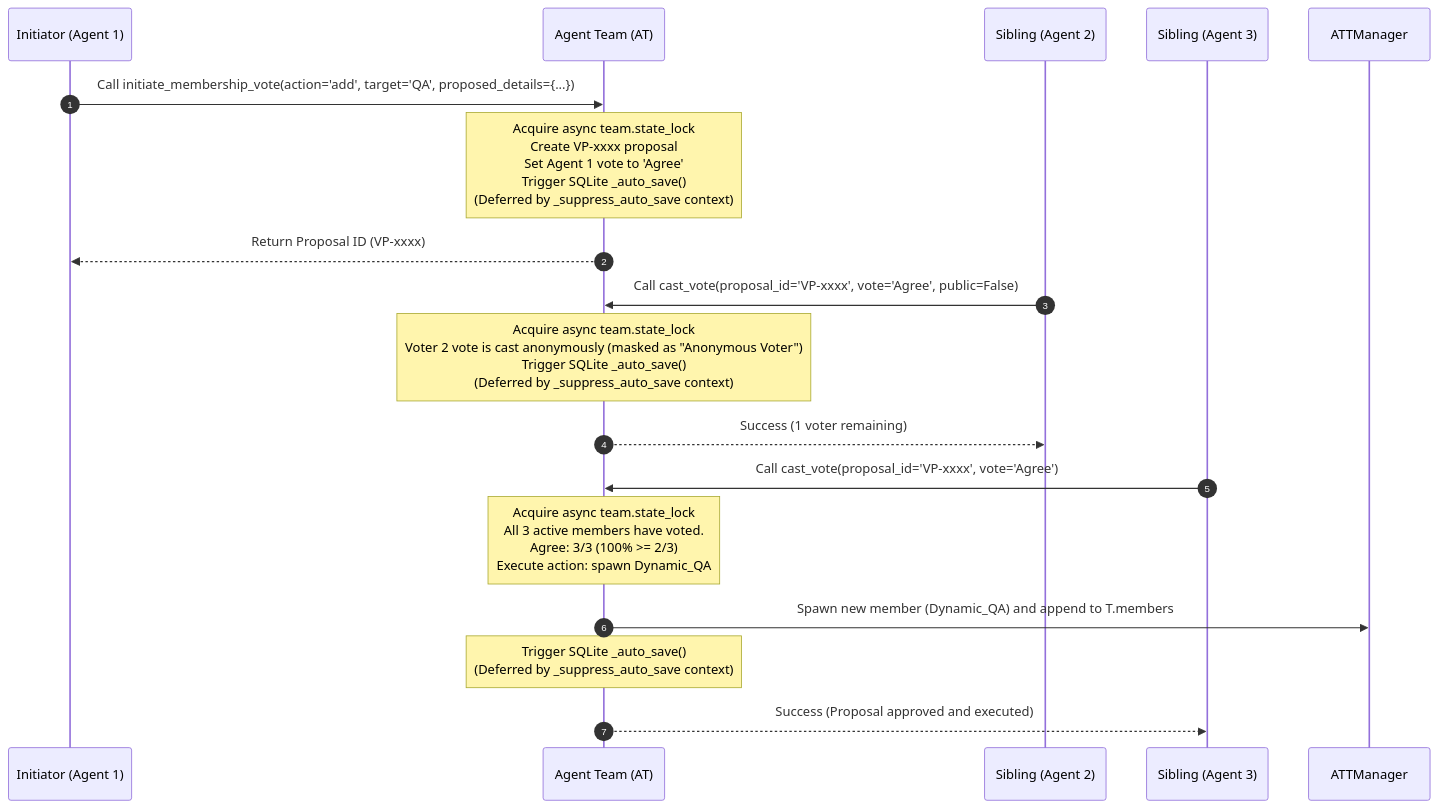
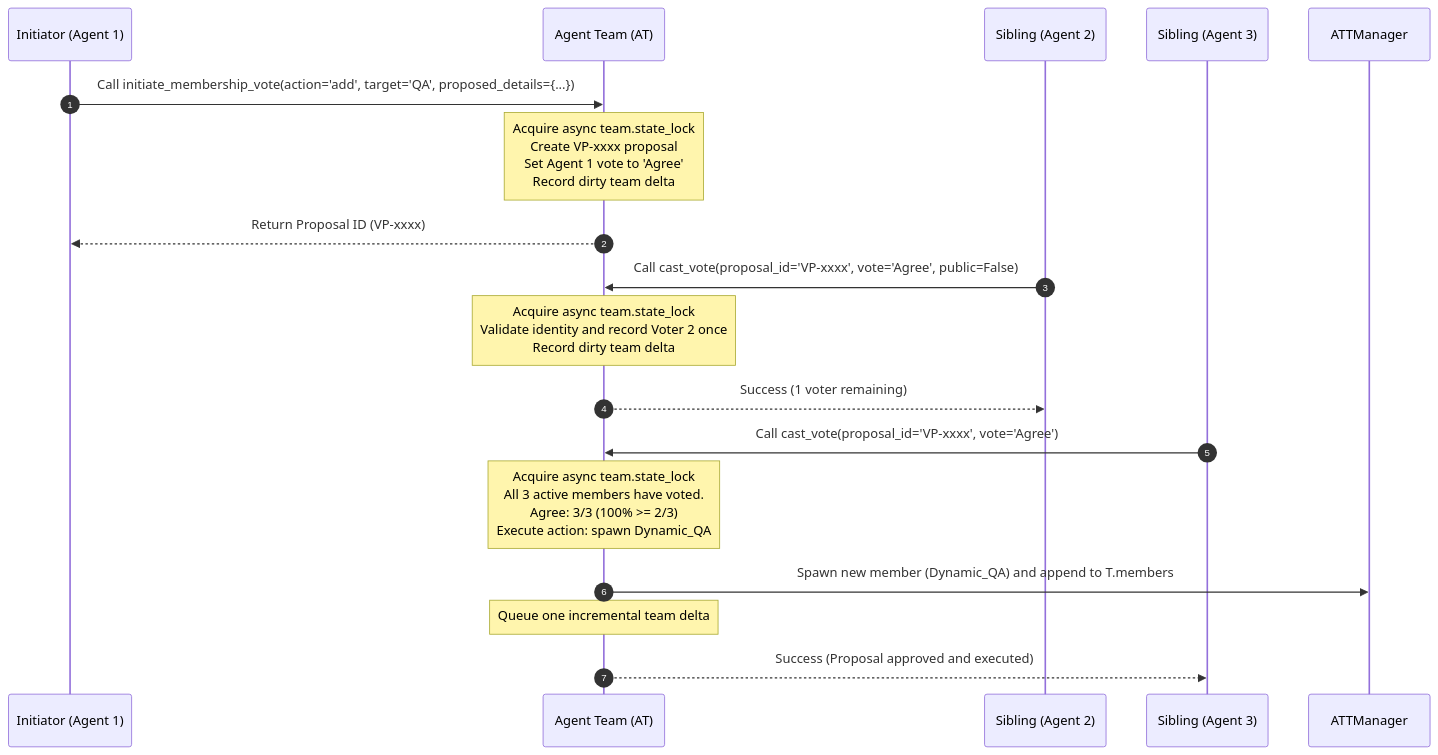
Before and after one commit to AI-Team-Team/AI-Team-Team: the fifth of 6 diagrams in docs/flowcharts/Lineage_Tree_Mutations.md, drawn with Mermaid. The commit also changed other lines of this file and 38 other files, not shown here.

````diff
--- a/docs/flowcharts/Lineage_Tree_Mutations.md
+++ b/docs/flowcharts/Lineage_Tree_Mutations.md
@@ -138,23 +138,23 @@
 ```mermaid
 sequenceDiagram
     autonumber
     participant A1 as Initiator (Agent 1)
     participant T as Agent Team (AT)
     participant A2 as Sibling (Agent 2)
     participant A3 as Sibling (Agent 3)
     participant Manager as ATTManager
 
     A1->>T: Call initiate_membership_vote(action='add', target='QA', proposed_details={...})
-    Note over T: Acquire async team.state_lock<br/>Create VP-xxxx proposal<br/>Set Agent 1 vote to 'Agree'<br/>Trigger SQLite _auto_save()<br/>(Deferred by _suppress_auto_save context)
+    Note over T: Acquire async team.state_lock<br/>Create VP-xxxx proposal<br/>Set Agent 1 vote to 'Agree'<br/>Record dirty team delta
     T-->>A1: Return Proposal ID (VP-xxxx)
 
     A2->>T: Call cast_vote(proposal_id='VP-xxxx', vote='Agree', public=False)
-    Note over T: Acquire async team.state_lock<br/>Voter 2 vote is cast anonymously (masked as "Anonymous Voter")<br/>Trigger SQLite _auto_save()<br/>(Deferred by _suppress_auto_save context)
+    Note over T: Acquire async team.state_lock<br/>Validate identity and record Voter 2 once<br/>Record dirty team delta
     T-->>A2: Success (1 voter remaining)
 
     A3->>T: Call cast_vote(proposal_id='VP-xxxx', vote='Agree')
     Note over T: Acquire async team.state_lock<br/>All 3 active members have voted.<br/>Agree: 3/3 (100% >= 2/3)<br/>Execute action: spawn Dynamic_QA
     T->>Manager: Spawn new member (Dynamic_QA) and append to T.members
-    Note over T: Trigger SQLite _auto_save()<br/>(Deferred by _suppress_auto_save context)
+    Note over T: Queue one incremental team delta
     T-->>A3: Success (Proposal approved and executed)
 ```
````
